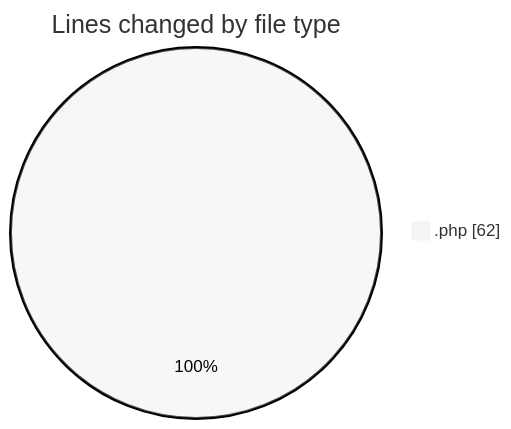
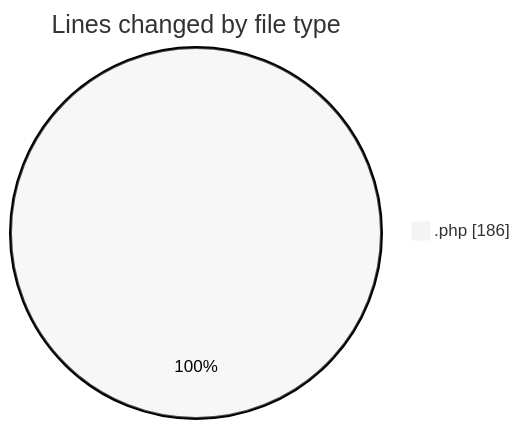
One commit to LanceThiago/code-tracking changed the first of 2 diagrams in 2025-02-19/web/README.md. Above: the diagram before and after it, drawn with Mermaid (neutral theme). The commit also changed other lines of this file and 1 other file, not shown here.

````diff
--- a/2025-02-19/web/README.md
+++ b/2025-02-19/web/README.md
@@ -21,5 +23,5 @@
 ```mermaid
 pie showData
 title Lines changed by file type
-".php" : 62
+".php" : 186
 ```
````
